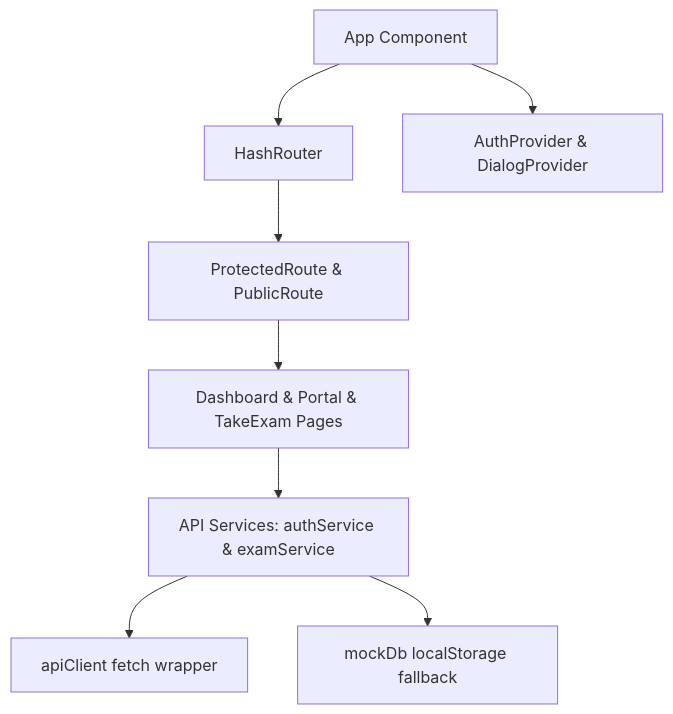
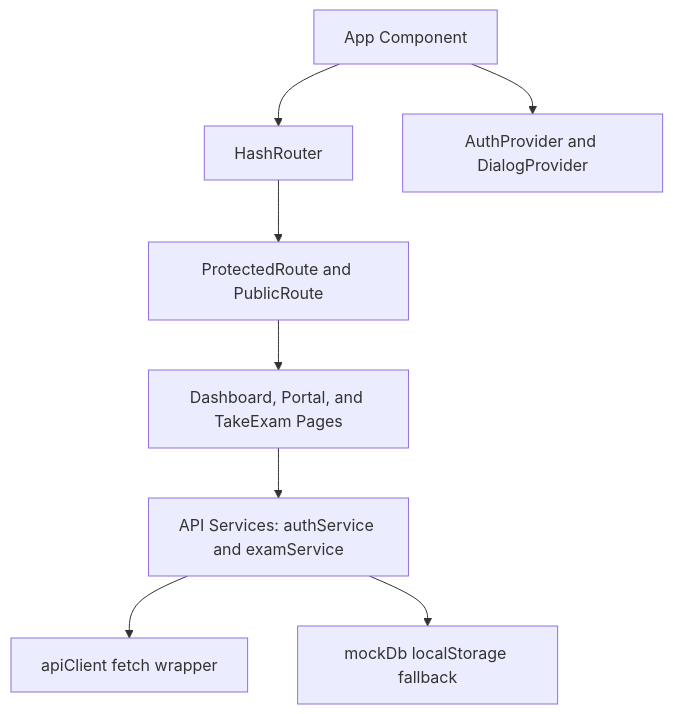
One commit to Nashd31/ExamApp changed the second of 5 diagrams in README.md. Above: the diagram before and after it, drawn with Mermaid.

Commit message:
Final README

````diff
--- a/README.md
+++ b/README.md
@@ -75,9 +75,10 @@
 ```mermaid
 graph TD
     App[App Component] --> Router[HashRouter]
-    Router --> Guards[ProtectedRoute & PublicRoute]
-    App --> Contexts[AuthProvider & DialogProvider]
-    Guards --> Pages[Dashboard & Portal & TakeExam Pages]
-    Pages --> Service[API Services: authService & examService]
-    Service --> Client[apiClient fetch wrapper] & Mock[mockDb localStorage fallback]
+    App --> Contexts[AuthProvider and DialogProvider]
+    Router --> Guards[ProtectedRoute and PublicRoute]
+    Guards --> Pages[Dashboard, Portal, and TakeExam Pages]
+    Pages --> Service[API Services: authService and examService]
+    Service --> Client[apiClient fetch wrapper]
+    Service --> Mock[mockDb localStorage fallback]
 ```
````
